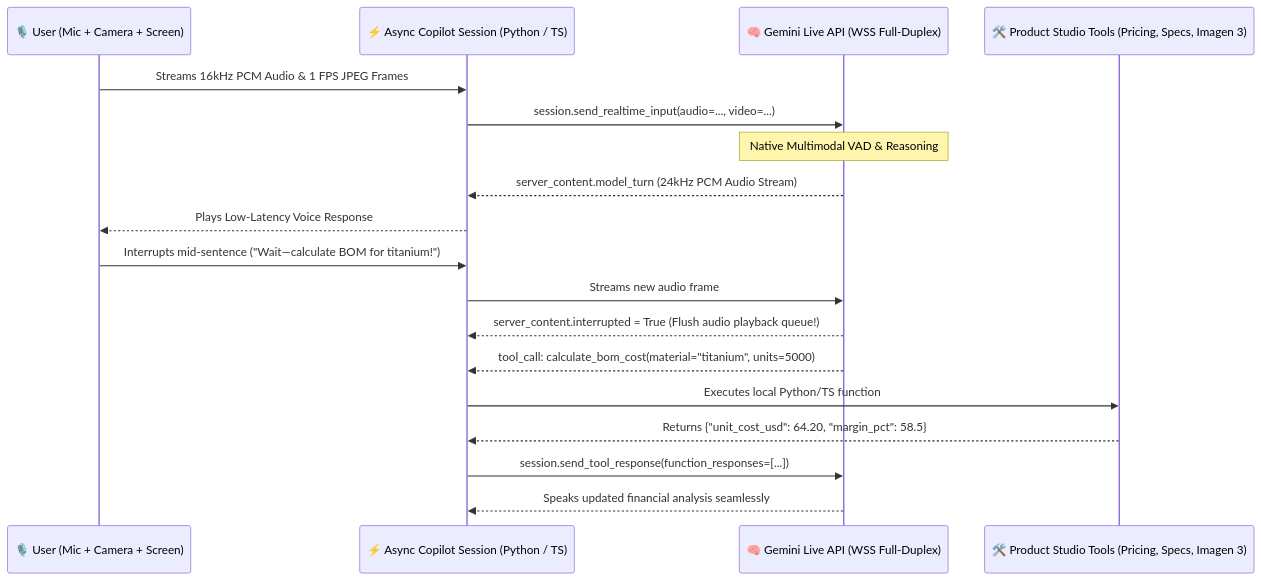
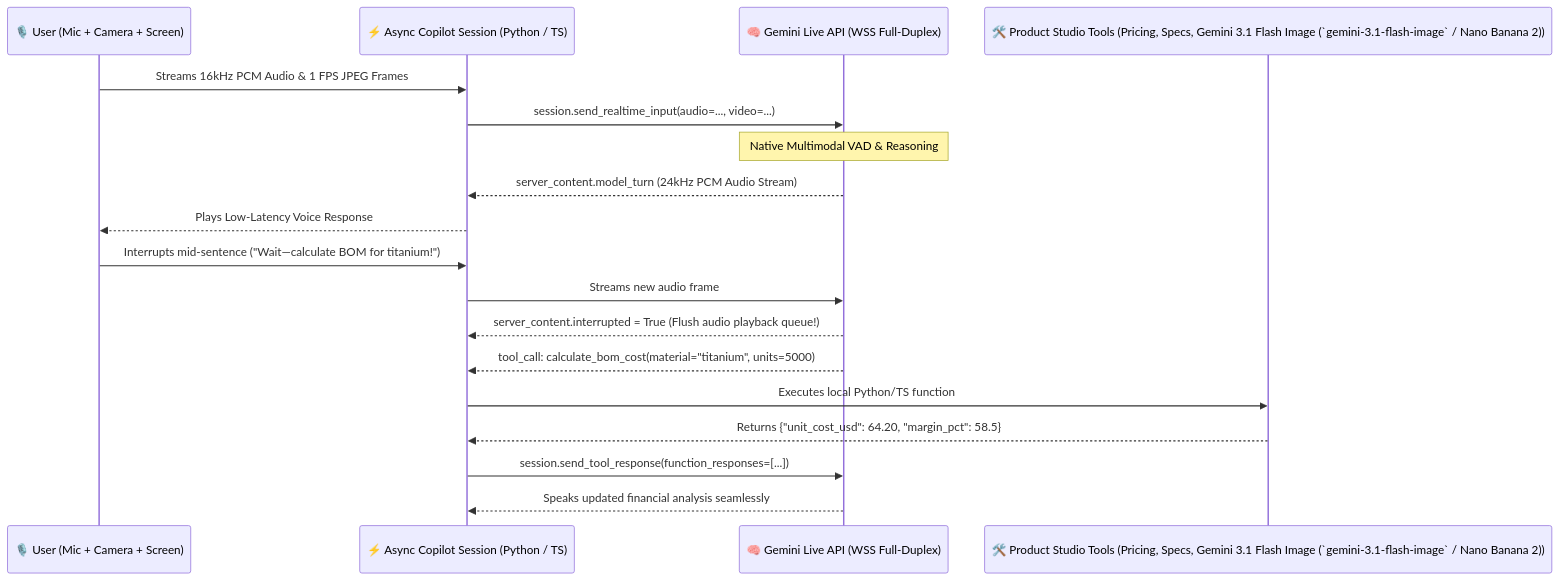
One commit to AllInVaders/aistudio-full-course changed the diagram in en/module-03-live-agents-antigravity-sdk/README.md. Above: the diagram before and after it, drawn with Mermaid. The commit also changed other lines of this file and 30 other files, not shown here.

Commit message:
feat: upgrade all models across curriculum, labs, portal & notebooks to Sep 2026 lineup (Gemini 3.7 Flash, 3.1 Pro, Gemini 3.1 Flash Image / Nano Banana 2, Gemini Omni 1.1 Flash Video, Gemini 3.8 Live)

````diff
--- a/en/module-03-live-agents-antigravity-sdk/README.md
+++ b/en/module-03-live-agents-antigravity-sdk/README.md
@@ -25,23 +25,23 @@
 ```mermaid
 sequenceDiagram
     participant User as 🎙️ User (Mic + Camera + Screen)
     participant App as ⚡ Async Copilot Session (Python / TS)
     participant LiveAPI as 🧠 Gemini Live API (WSS Full-Duplex)
-    participant Tools as 🛠️ Product Studio Tools (Pricing, Specs, Imagen 3)
+    participant Tools as 🛠️ Product Studio Tools (Pricing, Specs, Gemini 3.1 Flash Image (`gemini-3.1-flash-image` / Nano Banana 2))
 
     User->>App: Streams 16kHz PCM Audio & 1 FPS JPEG Frames
     App->>LiveAPI: session.send_realtime_input(audio=..., video=...)
     Note over LiveAPI: Native Multimodal VAD & Reasoning
     LiveAPI-->>App: server_content.model_turn (24kHz PCM Audio Stream)
     App-->>User: Plays Low-Latency Voice Response
 
     User->>App: Interrupts mid-sentence ("Wait—calculate BOM for titanium!")
     App->>LiveAPI: Streams new audio frame
     LiveAPI-->>App: server_content.interrupted = True (Flush audio playback queue!)
 
     LiveAPI-->>App: tool_call: calculate_bom_cost(material="titanium", units=5000)
     App->>Tools: Executes local Python/TS function
     Tools-->>App: Returns {"unit_cost_usd": 64.20, "margin_pct": 58.5}
     App->>LiveAPI: session.send_tool_response(function_responses=[...])
     LiveAPI-->>App: Speaks updated financial analysis seamlessly
 ```
````
